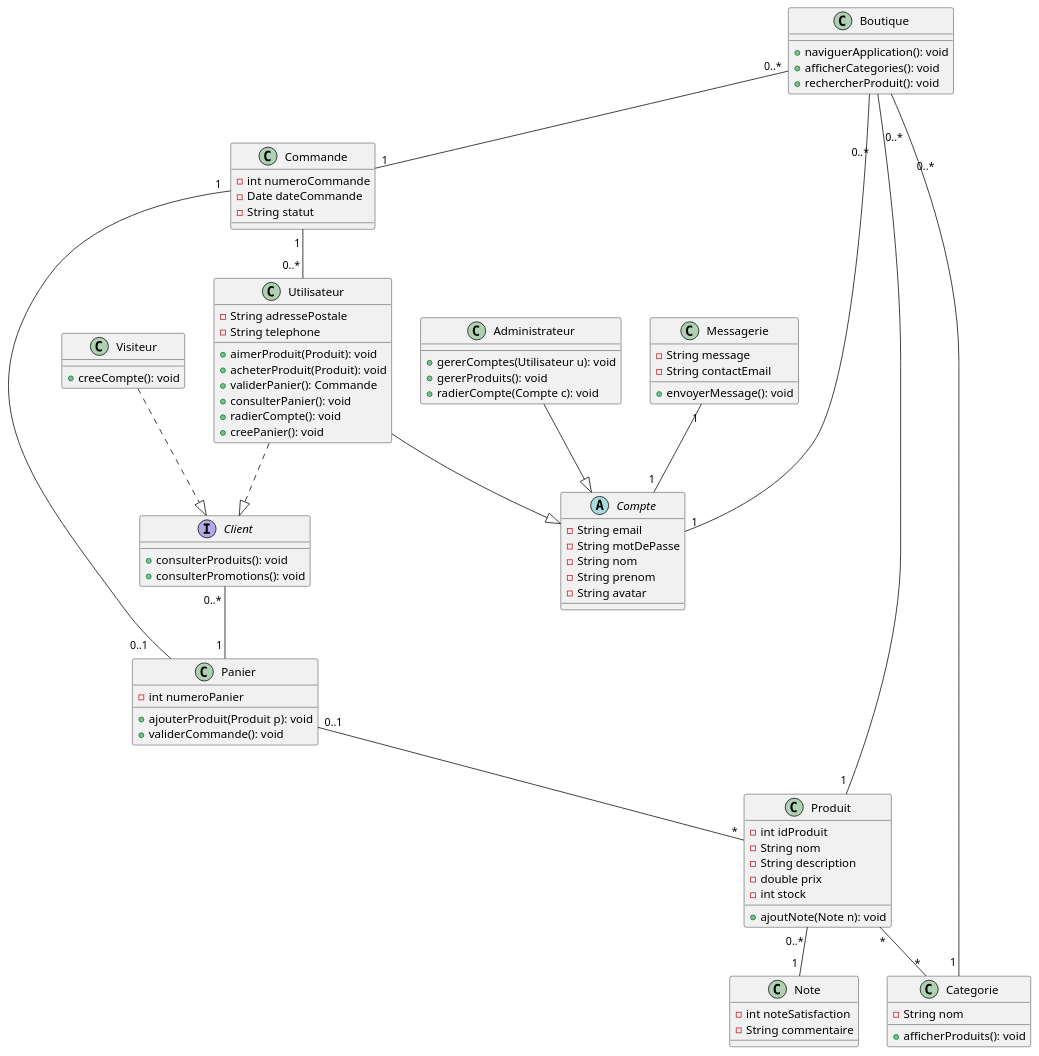
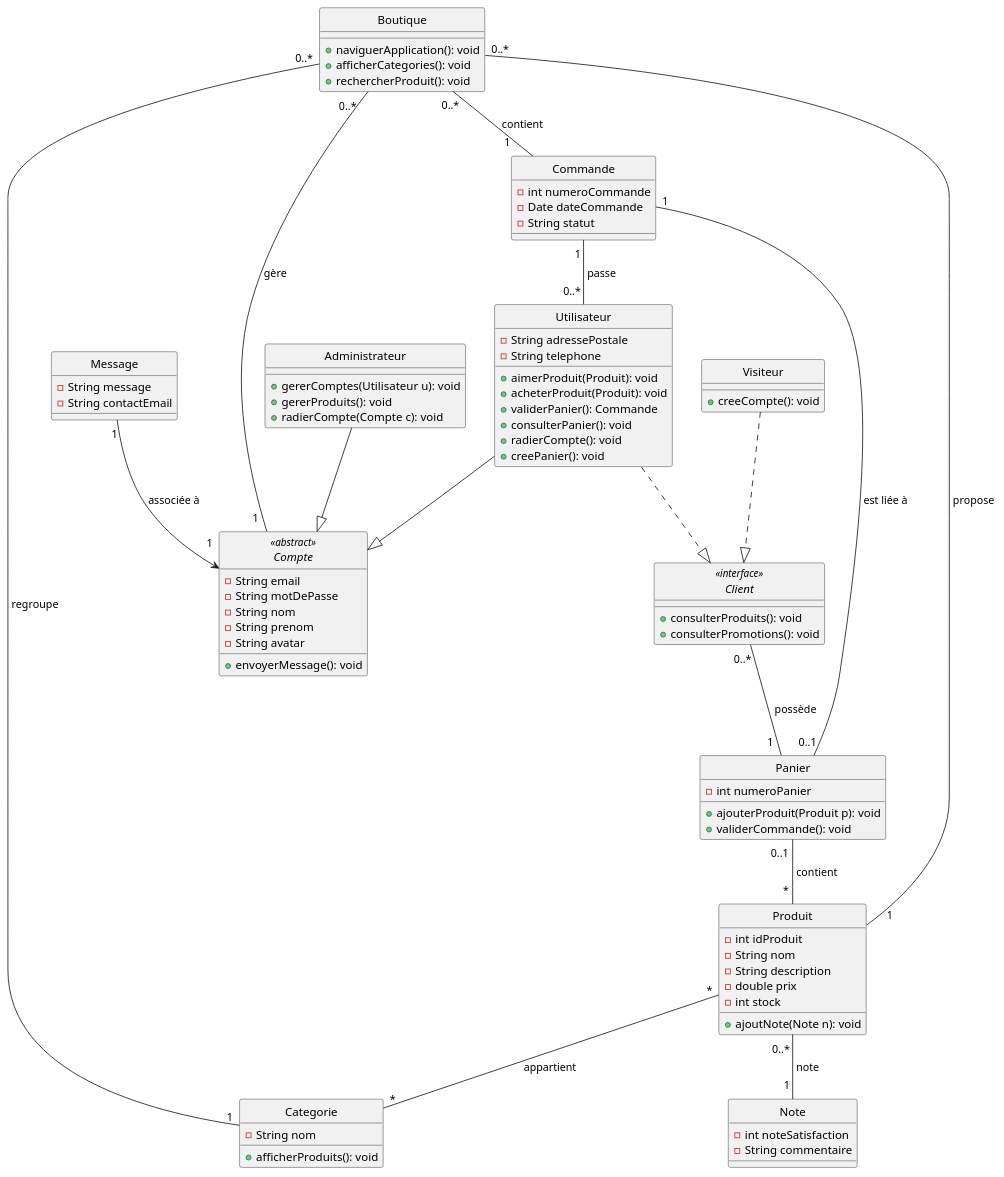
Before and after one commit to MehediT/BoutiqueLigneAudiovisuels: the diagram in Class/ApplicationDiagram.puml, drawn with PlantUML. The commit also changed 1 other file, not shown here.

```diff
--- a/Class/ApplicationDiagram.puml
+++ b/Class/ApplicationDiagram.puml
@@ -1,100 +1,129 @@
 @startuml
+hide circle
 
 class Boutique {
     + naviguerApplication(): void
     + afficherCategories(): void
     + rechercherProduit(): void
 }
 
-abstract class Compte {
+abstract class Compte <<abstract>> {
     - String email
     - String motDePasse
     - String nom
     - String prenom
     - String avatar
+    + envoyerMessage(): void
 }
 
-interface Client {
+interface Client <<interface>>{
     + consulterProduits(): void
     + consulterPromotions(): void
 }
 
 class Utilisateur {
     - String adressePostale
     - String telephone
     + aimerProduit(Produit): void
     + acheterProduit(Produit): void
     + validerPanier(): Commande
     + consulterPanier(): void
     + radierCompte(): void
     + creePanier(): void
 }
 
 class Visiteur {
     + creeCompte(): void
 }
 
 class Administrateur {
     + gererComptes(Utilisateur u): void
     + gererProduits(): void
     + radierCompte(Compte c): void
 }
 
 class Produit {
     - int idProduit
     - String nom
     - String description
     - double prix
     - int stock
     + ajoutNote(Note n): void
 }
 
 class Commande {
     - int numeroCommande
     - Date dateCommande
     - String statut
 }
 
 class Panier {
     - int numeroPanier
     + ajouterProduit(Produit p): void
     + validerCommande(): void
 }
 
 class Categorie {
     - String nom
     + afficherProduits(): void
 }
 
-'Relations'
-
+'------------------------------------------------
+'Relations
 
 class Note {
     - int noteSatisfaction
     - String commentaire
 }
 
-class Messagerie {
+class Message {
     - String message
     - String contactEmail
-    + envoyerMessage(): void
 }
-Boutique "\n\n\n0..*" -- "1 " Compte
-Boutique "0..*" -- "1" Commande
-Boutique "\n\n\n\n\t0..*" -- "1 " Categorie
-Boutique "\n \n  0..*" -- "1 " Produit
+
+'------------------------------------------------
+' Noms d'associations
+'Y a des espaces pour aligner les noms
+
+' Boutique gère plusieurs comptes
+Boutique "0..*  " -- "1  " Compte : "gère"
+
+' Boutique contient plusieurs commandes
+Boutique "0..*" -- "1     " Commande : " contient"
+
+' Boutique regroupe plusieurs catégories
+Boutique "0..*" -- "1" Categorie : " regroupe"
+
+' Boutique propose plusieurs produits
+Boutique "0..*" -- "     1" Produit : " propose"
+
+' Héritage / spécialisation
 Administrateur --|> Compte
 Utilisateur --|> Compte
+
+' Implémentation de l'interface Client
 Visiteur ..|> Client
 Utilisateur ..|> Client
-Produit "*" -- "*" Categorie
-Panier "0..1 " -- "*" Produit
-Commande "1 " -- "0..1     " Panier
-Commande "1 " -- "0..* " Utilisateur
-Client "0..* " -- "1 " Panier
-Produit "0..* " -- "1 " Note
-Messagerie "1" -- "1 " Compte
 
+' Un produit peut appartenir à plusieurs catégories, et vice versa
+Produit "*" -- "*" Categorie : "appartient"
 
+' Un panier (0..1) peut contenir plusieurs produits
+Panier "0..1 " -- "\t* " Produit : " contient"
+
+' Une commande (1) est liée à un panier (0..1)
+Commande "1" -- "0..1" Panier : " est liée à"
+
+' Une commande est passée par plusieurs utilisateurs éventuels (ou un)
+Commande "1 " -- "0..* " Utilisateur : " passe"
+
+' Un client possède un ou plusieurs paniers
+Client "0..*" -- "1  " Panier : "possède\n"
+
+' Plusieurs notes pour un même produit
+Produit "0..* " -- "1 " Note : " note"
+
+' Un compte est lié à une messagerie
+Message "1" --> "1\n" Compte : "associée à"
 
 @enduml
```
